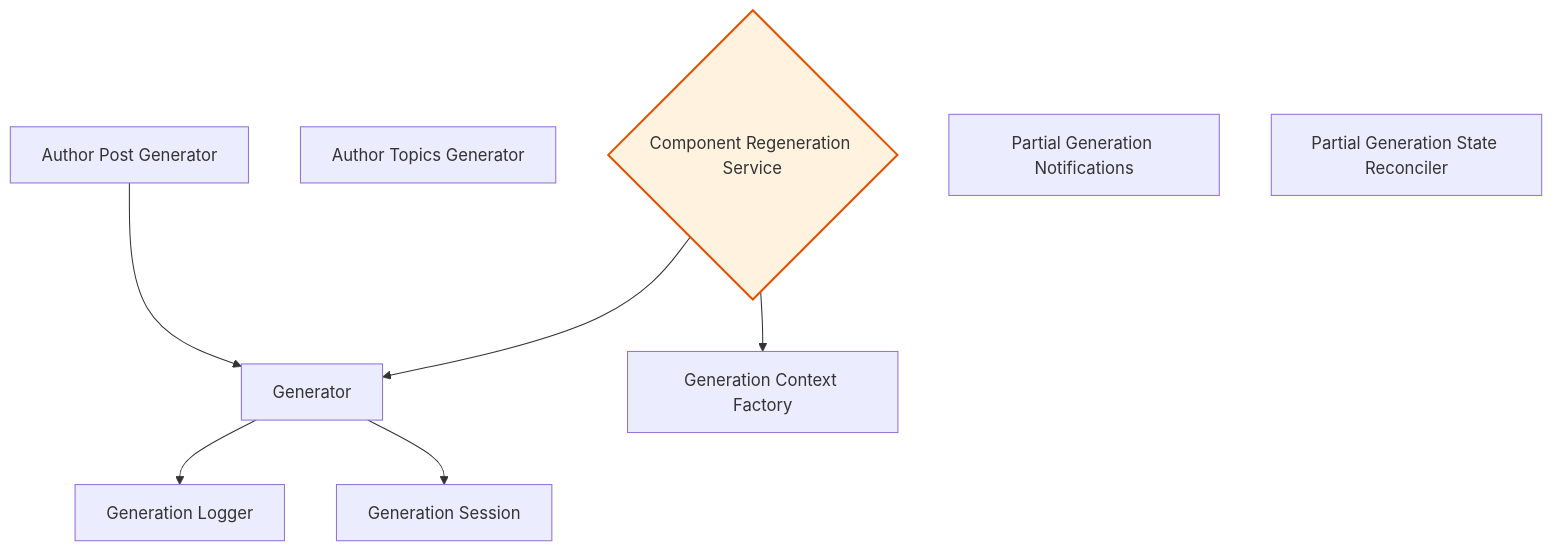
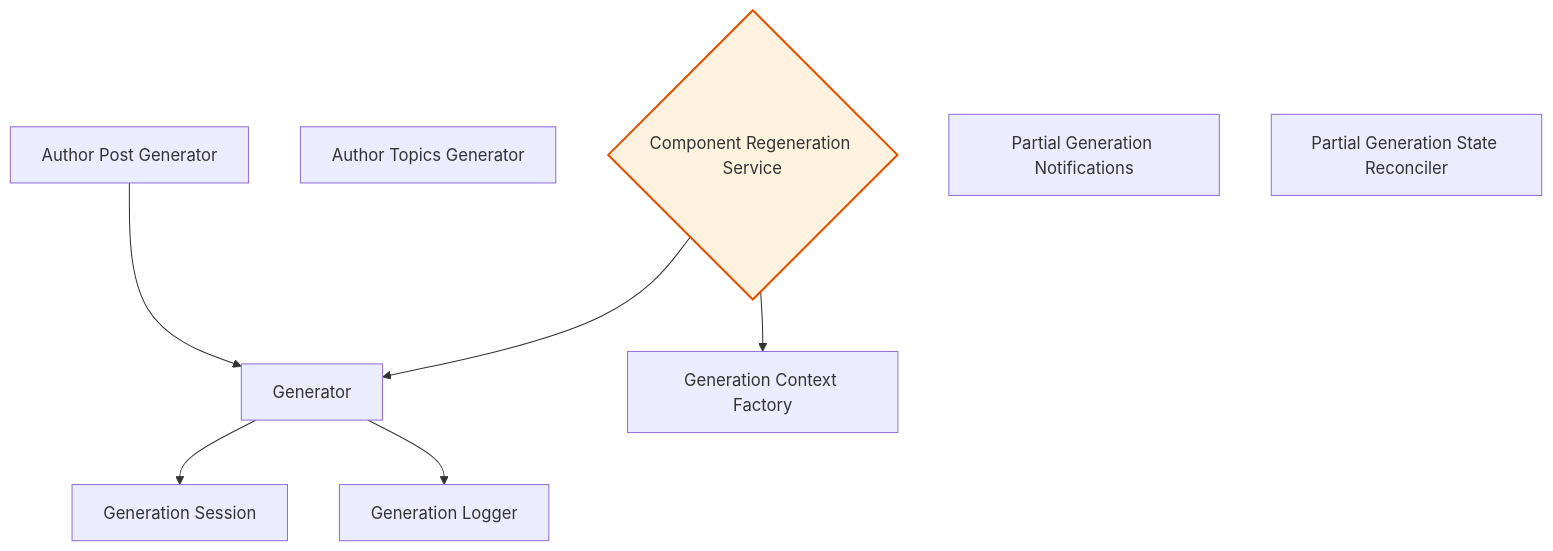
One commit to rpnunez/wp-ai-scheduler changed the second of 10 diagrams in docs/feature-report.md. Above: the diagram before and after it, drawn with Mermaid. The commit also changed other lines of this file and 3 other files, not shown here.

````diff
--- a/docs/feature-report.md
+++ b/docs/feature-report.md
@@ -104,25 +104,25 @@
 ```mermaid
 flowchart TD
     %% Core Generation Architecture
 
     Author_Post_Generator["Author Post Generator"]
     Author_Topics_Generator["Author Topics Generator"]
     Component_Regeneration_Service{"Component Regeneration Service"}
     Generation_Context_Factory["Generation Context Factory"]
     Generation_Logger["Generation Logger"]
     Generation_Session["Generation Session"]
     Generator["Generator"]
     Partial_Generation_Notifications["Partial Generation Notifications"]
     Partial_Generation_State_Reconciler["Partial Generation State Reconciler"]
 
     Author_Post_Generator --> Generator
     Component_Regeneration_Service --> Generator
     Component_Regeneration_Service --> Generation_Context_Factory
+    Generator --> Generation_Session
     Generator --> Generation_Logger
-    Generator --> Generation_Session
 
     classDef repository fill:#e1f5ff,stroke:#01579b,stroke-width:2px
     classDef service fill:#fff3e0,stroke:#e65100,stroke-width:2px
     classDef controller fill:#f3e5f5,stroke:#4a148c,stroke-width:2px
     class Component_Regeneration_Service service
 ```
````
